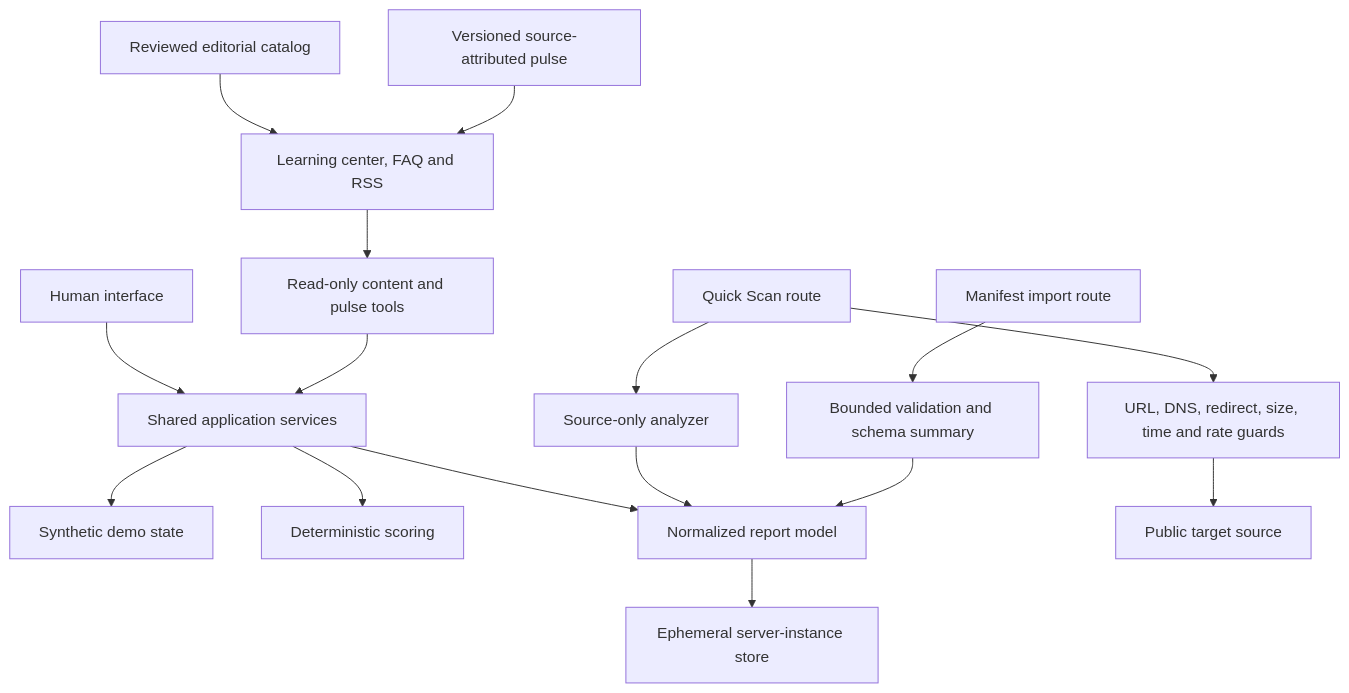
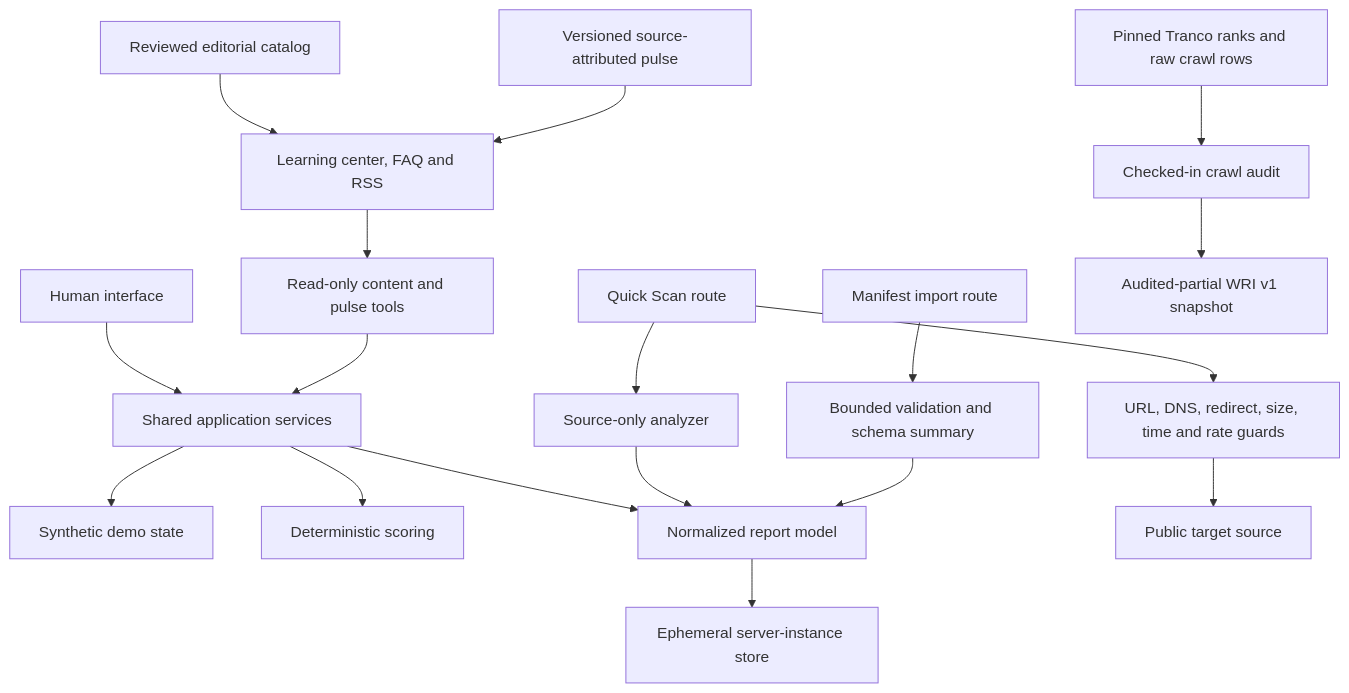
One commit to mlmrx/iswebmcp changed the diagram in docs/architecture.md. Above: the diagram before and after it, drawn with Mermaid. The commit also changed other lines of this file and 53 other files, not shown here.

````diff
--- a/docs/architecture.md
+++ b/docs/architecture.md
@@ -17,18 +19,20 @@
 ```mermaid
 flowchart TD
   Person[Human interface] --> Services[Shared application services]
   Agent[Top-level WebMCP tools] --> Services
   Services --> Demo[Synthetic demo state]
   Services --> Scoring[Deterministic scoring]
   Services --> Reports[Normalized report model]
   Scan[Quick Scan route] --> Guard[URL, DNS, redirect, size, time and rate guards]
   Guard --> Public[Public target source]
   Scan --> Analyzer[Source-only analyzer]
   Analyzer --> Reports
   Import[Manifest import route] --> Sanitize[Bounded validation and schema summary]
   Sanitize --> Reports
   Reports --> Memory[Ephemeral server-instance store]
   Editorial[Reviewed editorial catalog] --> Learn[Learning center, FAQ and RSS]
   Pulse[Versioned source-attributed pulse] --> Learn
+  Corpus[Pinned Tranco ranks and raw crawl rows] --> Audit[Checked-in crawl audit]
+  Audit --> Index[Audited-partial WRI v1 snapshot]
   Learn --> Agent[Read-only content and pulse tools]
 ```
````
